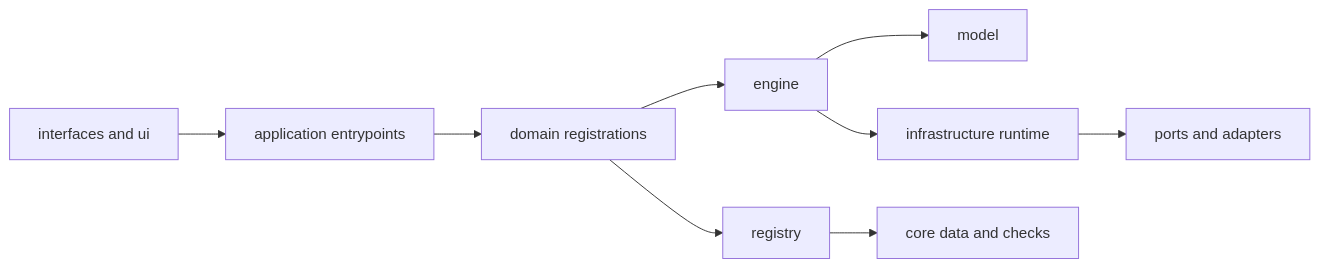
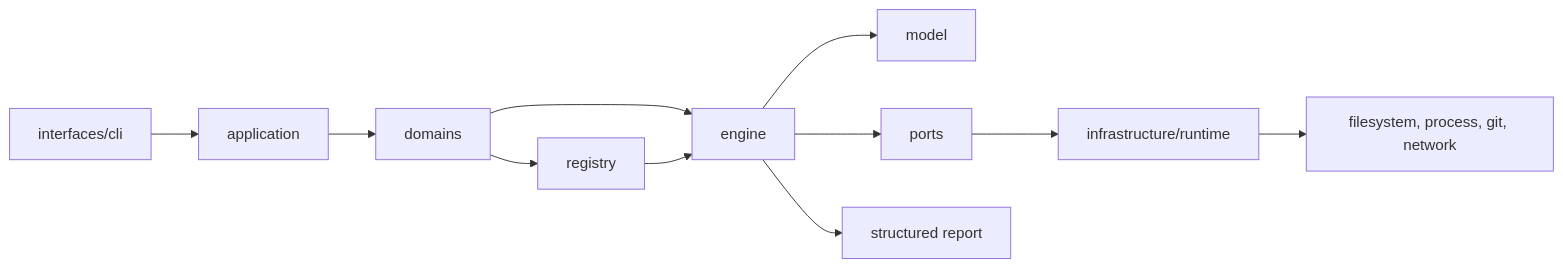
Before and after one commit to bijux/bijux-atlas: the first of 2 diagrams in docs/bijux-atlas-dev/governance/automation-architecture.md, drawn with Mermaid. The commit also changed other lines of this file and 2 other files, not shown here.

````diff
--- a/docs/bijux-atlas-dev/governance/automation-architecture.md
+++ b/docs/bijux-atlas-dev/governance/automation-architecture.md
@@ -16,11 +17,13 @@
 ```mermaid
 flowchart LR
-    Interfaces[interfaces and ui] --> Application[application entrypoints]
-    Application --> Domains[domain registrations]
-    Domains --> Engine[engine]
-    Domains --> Registry[registry]
+    CLI[interfaces/cli] --> App[application]
+    App --> Domain[domains]
+    Domain --> Registry[registry]
+    Domain --> Engine[engine]
+    Registry --> Engine
     Engine --> Model[model]
-    Engine --> Runtime[infrastructure runtime]
-    Registry --> Core[core data and checks]
-    Runtime --> Ports[ports and adapters]
+    Engine --> Ports[ports]
+    Ports --> Runtime[infrastructure/runtime]
+    Runtime --> Effects[filesystem, process, git, network]
+    Engine --> Report[structured report]
 ```
````
